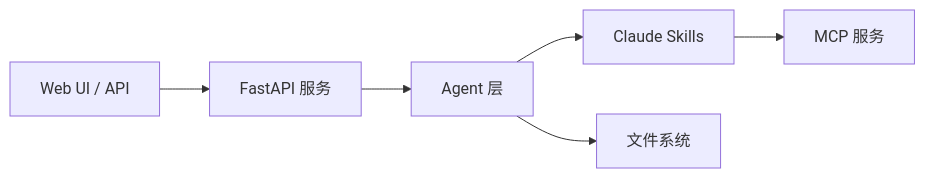
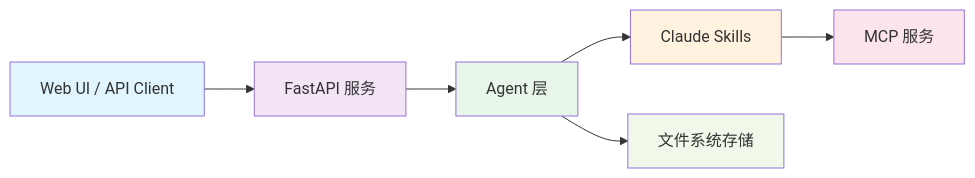
Before and after one commit to ThreeFish-AI/papers: the diagram in README.md, drawn with Mermaid. The commit also changed other lines of this file, not shown here.

````diff
--- a/README.md
+++ b/README.md
@@ -72,8 +64,15 @@
 ```mermaid
 flowchart LR
-    A[Web UI / API] --> B[FastAPI 服务]
+    A[Web UI / API Client] --> B[FastAPI 服务]
     B --> C[Agent 层]
     C --> D[Claude Skills]
     D --> E[MCP 服务]
-    C --> F[文件系统]
+    C --> F[文件系统存储]
+
+    style A fill:#e1f5fe
+    style B fill:#f3e5f5
+    style C fill:#e8f5e9
+    style D fill:#fff3e0
+    style E fill:#fce4ec
+    style F fill:#f1f8e9
 ```
````
